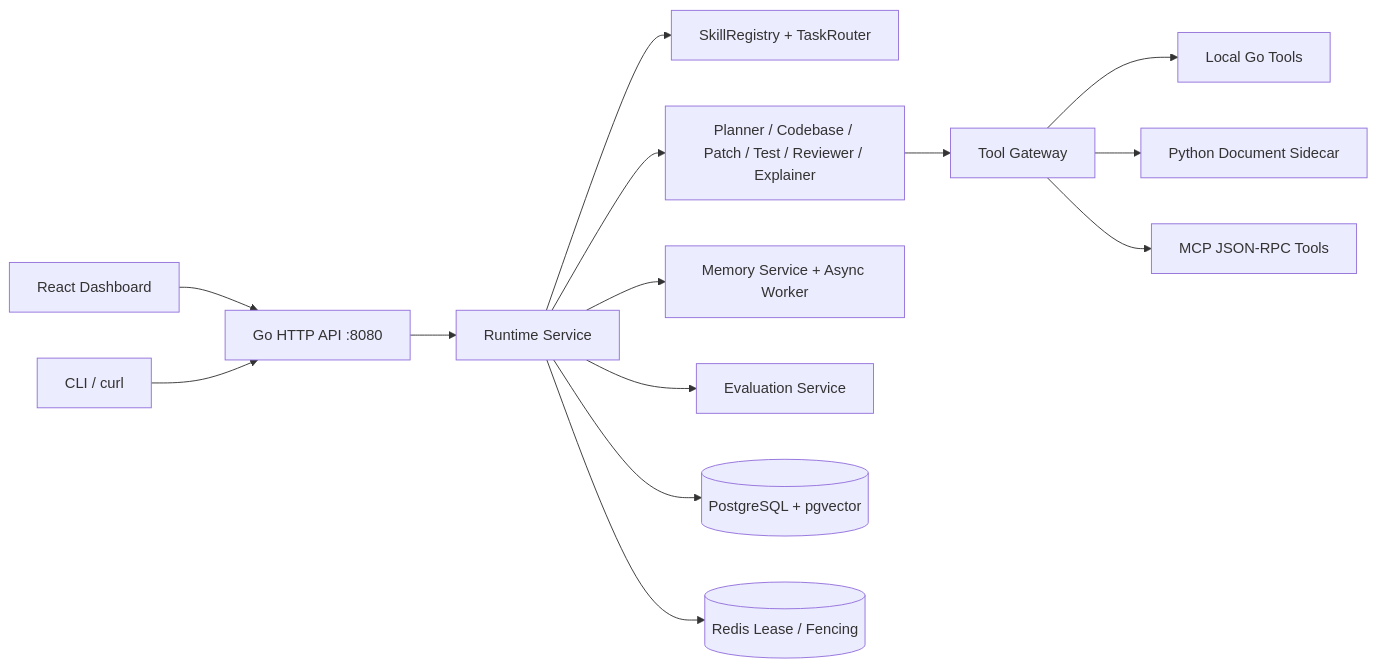
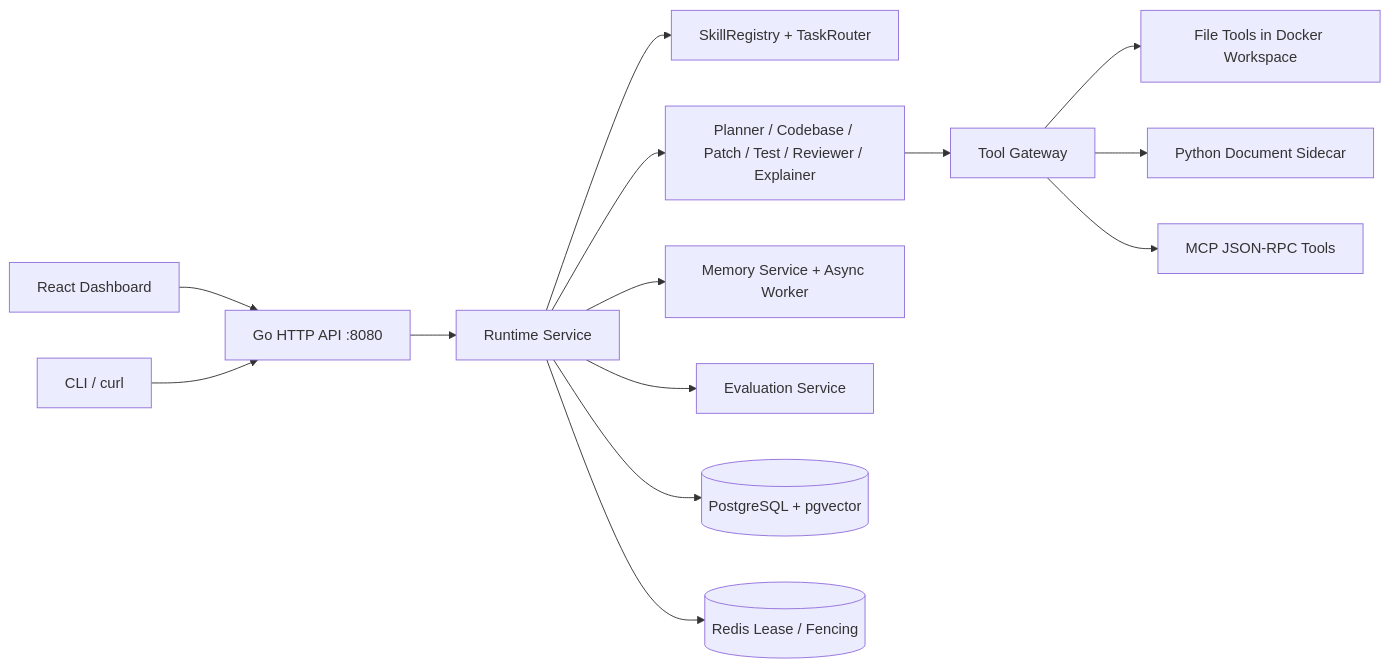
One commit to whale4rain/CodeCoDriver changed the diagram in README.zh-CN.md. Above: the diagram before and after it, drawn with Mermaid. The commit also changed other lines of this file and 29 other files, not shown here.

Commit message:
feat: run all file tools inside docker sandbox workspace

````diff
--- a/README.zh-CN.md
+++ b/README.zh-CN.md
@@ -21,16 +21,16 @@
 ```mermaid
 flowchart LR
   UI[React Dashboard] --> API[Go HTTP API :8080]
   CLI[CLI / curl] --> API
   API --> RT[Runtime Service]
   RT --> Router[SkillRegistry + TaskRouter]
   RT --> Agents[Planner / Codebase / Patch / Test / Reviewer / Explainer]
   RT --> Memory[Memory Service + Async Worker]
   RT --> Eval[Evaluation Service]
   Agents --> GW[Tool Gateway]
-  GW --> Local[Local Go Tools]
+  GW --> Workspace[File Tools in Docker Workspace]
   GW --> Py[Python Document Sidecar]
   GW --> MCP[MCP JSON-RPC Tools]
   RT --> PG[(PostgreSQL + pgvector)]
   RT --> Redis[(Redis Lease / Fencing)]
 ```
````
